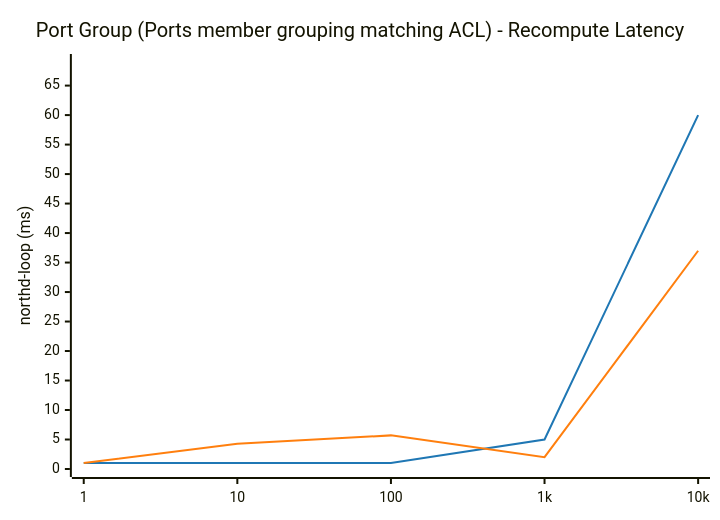
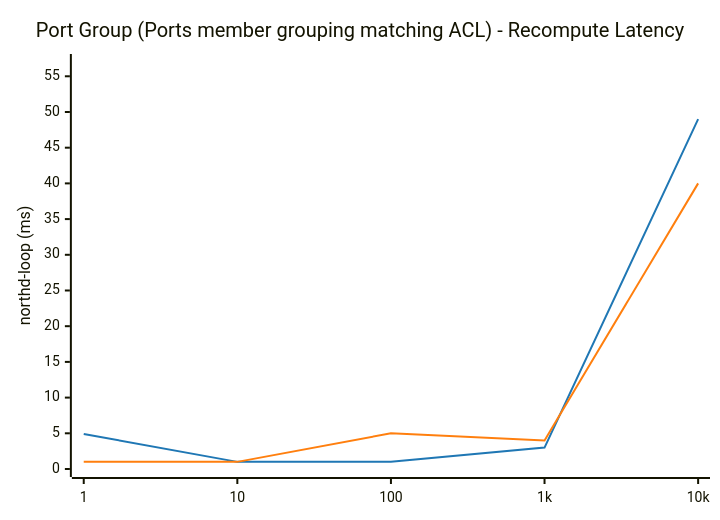
Before and after one commit to LionelJouin/ovs-ovn-bench: the seventh of 14 diagrams in results/BENCHMARK_REPORT.md, drawn with Mermaid. The commit also changed other lines of this file and 4 other files, not shown here.

````diff
--- a/results/BENCHMARK_REPORT.md
+++ b/results/BENCHMARK_REPORT.md
@@ -365,14 +371,14 @@
 ```mermaid
 ---
 config:
     themeVariables:
         xyChart:
             plotColorPalette: "#1f77b4, #ff7f0e"
 ---
 xychart-beta
     title "Port Group (Ports member grouping matching ACL) - Recompute Latency"
     x-axis ["1", "10", "100", "1k", "10k"]
-    y-axis "northd-loop (ms)" 0 --> 69
-    line "glibc malloc" [1.0, 1.0, 1.0, 5.0, 60.0]
-    line "jemalloc" [1.0, 4.3, 5.7, 2.0, 37.0]
+    y-axis "northd-loop (ms)" 0 --> 57
+    line "glibc malloc" [4.9, 1.0, 1.0, 3.0, 49.0]
+    line "jemalloc" [1.0, 1.0, 5.0, 4.0, 40.0]
 ```
````
